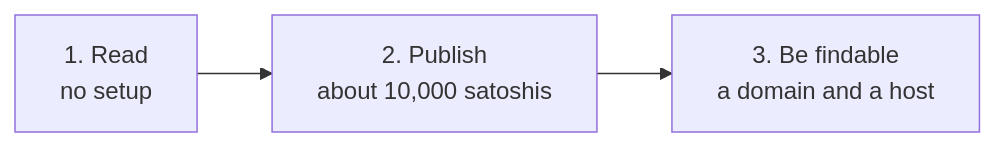
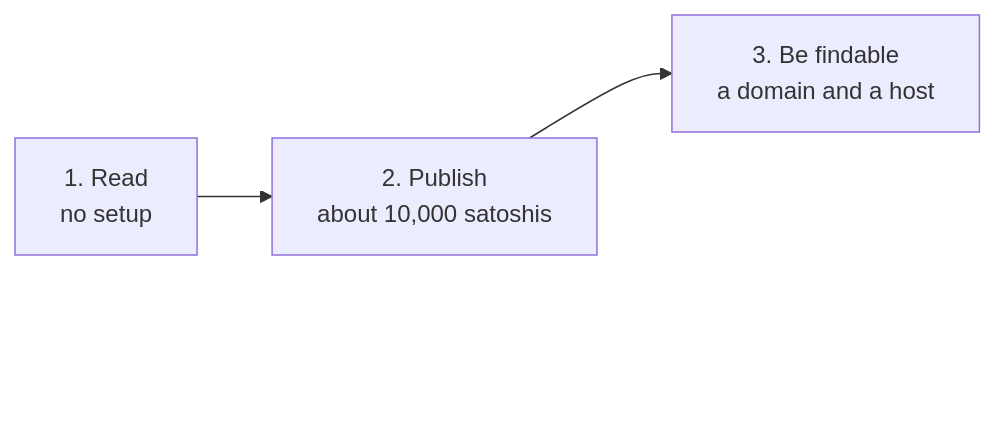
The diagram in QUICKSTART.md (lightwebinc/bfinger), drawn with Mermaid before and after one commit. The commit also changed 9 other files, not shown here.

First line of the commit message:
[Fix] diagrams: a spacer where the viewer's controls land

````diff
--- a/QUICKSTART.md
+++ b/QUICKSTART.md
@@ -8,5 +8,10 @@
 ```mermaid
 flowchart LR
   A["1. Read<br/>no setup"] --> B["2. Publish<br/>about 10,000 satoshis"]
   B --> C["3. Be findable<br/>a domain and a host"]
+  %% The last node is an invisible spacer in the rightmost rank: the rendered
+  %% viewer places its zoom and pan controls over the bottom-right corner.
+  B ~~~ pad
+  pad["&nbsp;<br/>&nbsp;<br/>&nbsp;<br/>&nbsp;<br/>&nbsp;"]:::pad
+  classDef pad fill:none,stroke:none,color:transparent
 ```
````
